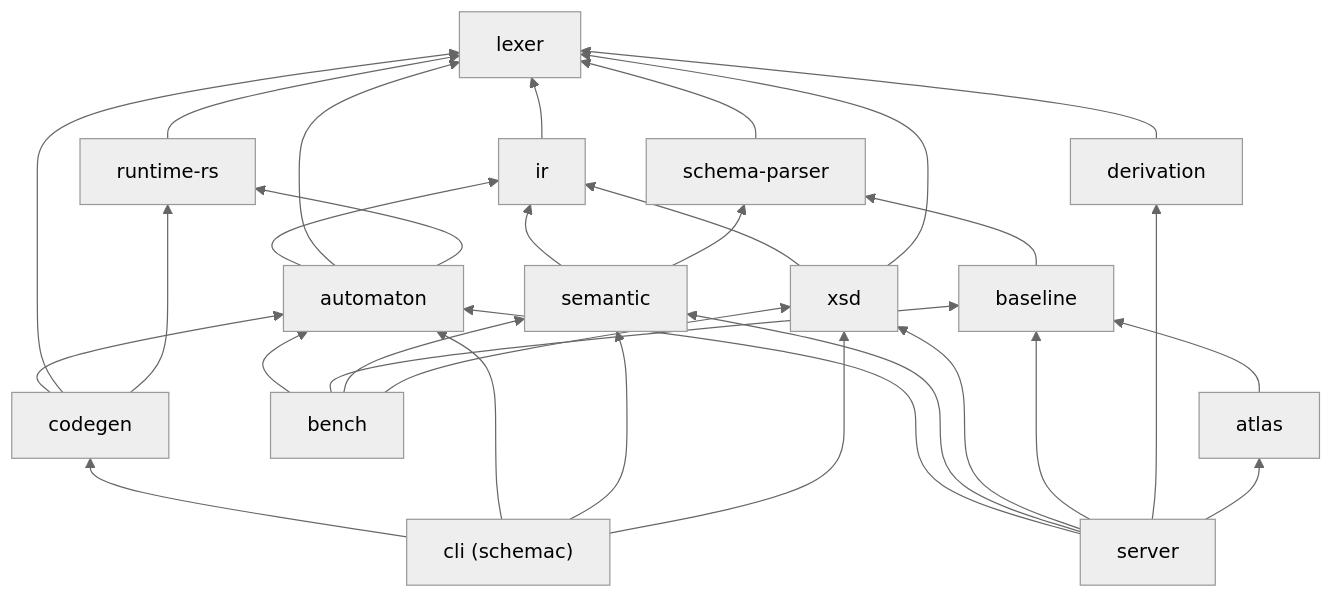
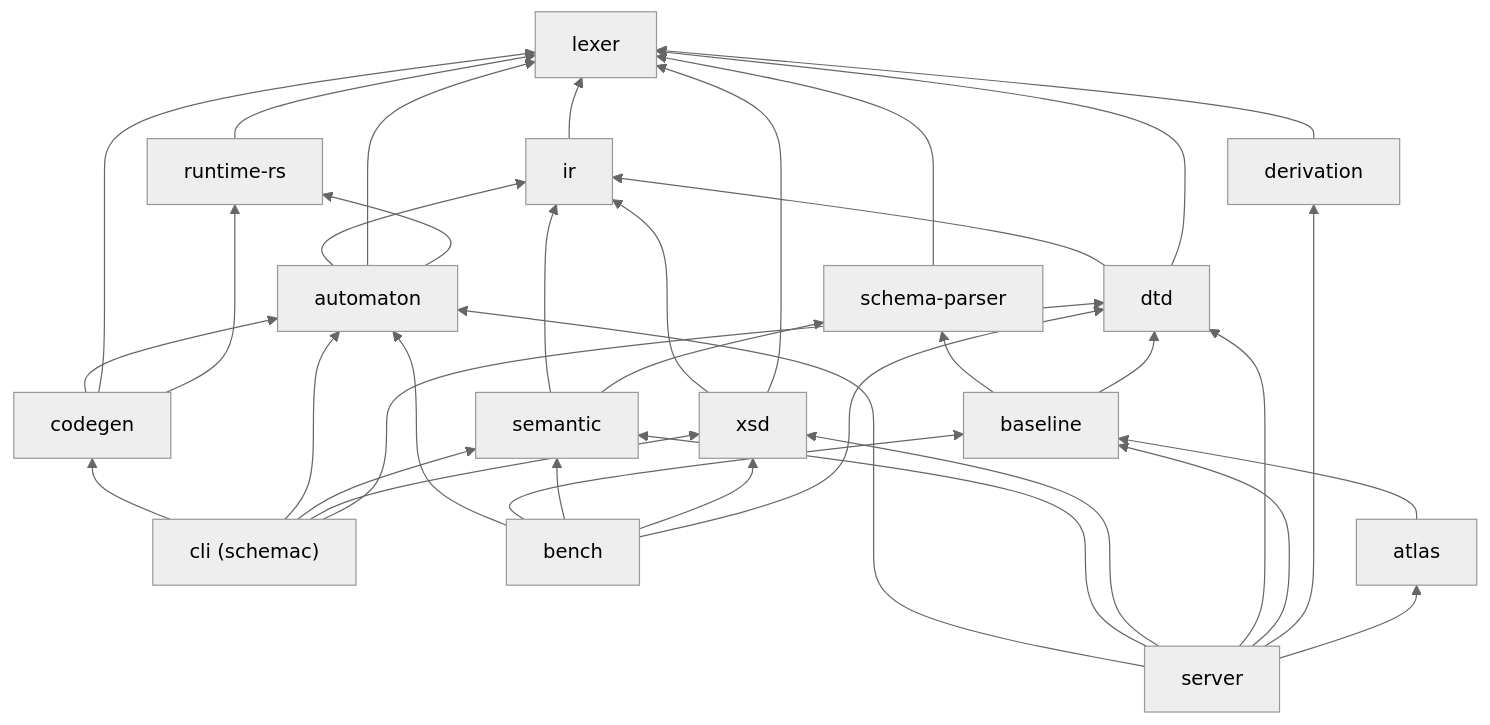
Before and after one commit to leonardo079/Validador_de_Esquemas_JSON-XML_con_Aut-matas_de_Pila_Ponderados: the third of 4 diagrams in docs/arquitectura.md, drawn with Mermaid (neutral theme). The commit also changed other lines of this file and 12 other files, not shown here.

````diff
--- a/docs/arquitectura.md
+++ b/docs/arquitectura.md
@@ -75,34 +80,40 @@
 ```mermaid
 flowchart BT
   lexer["lexer"]
   ir["ir"] --> lexer
   sp["schema-parser"] --> lexer
   rt["runtime-rs"] --> lexer
   der["derivation"] --> lexer
   sem["semantic"] --> ir
   sem --> sp
   xsd["xsd"] --> ir
   xsd --> lexer
+  dtd["dtd"] --> ir
+  dtd --> lexer
   bl["baseline"] --> sp
+  bl --> dtd
   aut["automaton"] --> ir
   aut --> lexer
   aut --> rt
   cg["codegen"] --> aut
   cg --> lexer
   cg --> rt
   cli["cli (schemac)"] --> cg
   cli --> aut
   cli --> sem
   cli --> xsd
+  cli --> dtd
   bench["bench"] --> aut
   bench --> bl
   bench --> sem
   bench --> xsd
+  bench --> dtd
   atlas["atlas"] --> bl
   srv["server"] --> aut
   srv --> sem
   srv --> xsd
+  srv --> dtd
   srv --> bl
   srv --> der
   srv --> atlas
 ```
````
